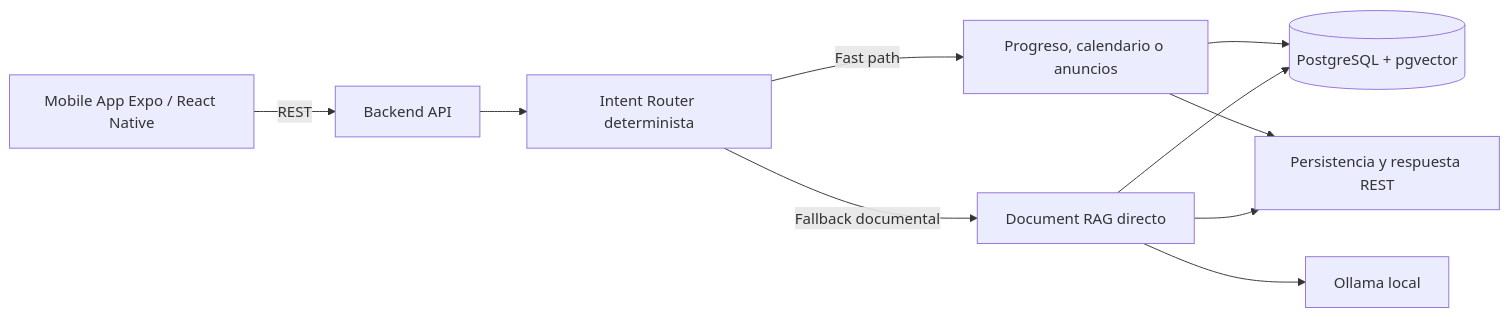
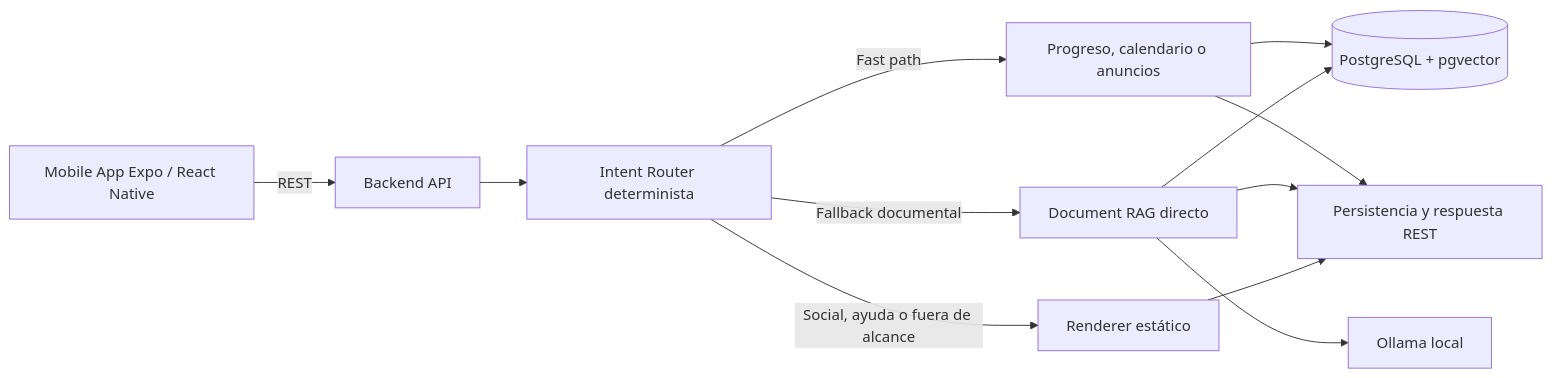
The second of 4 diagrams in docs/arquitectura.md (XeyKG/BanuChat_), drawn with Mermaid before and after one commit. The commit also changed other lines of this file and 22 other files, not shown here.

````diff
--- a/docs/arquitectura.md
+++ b/docs/arquitectura.md
@@ -78,12 +80,14 @@
 ```mermaid
 flowchart LR
     mobile["Mobile App Expo / React Native"] -->|"REST"| api["Backend API"]
     api --> router["Intent Router determinista"]
     router -->|"Fast path"| fast["Progreso, calendario o anuncios"]
+    router -->|"Social, ayuda o fuera de alcance"| static["Renderer estático"]
     router -->|"Fallback documental"| rag["Document RAG directo"]
     fast --> db[("PostgreSQL + pgvector")]
     rag --> db
     rag --> ollama["Ollama local"]
     fast --> reply["Persistencia y respuesta REST"]
     rag --> reply
+    static --> reply
 ```
````
